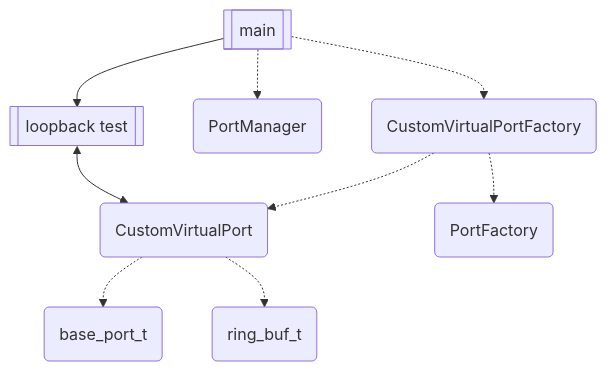
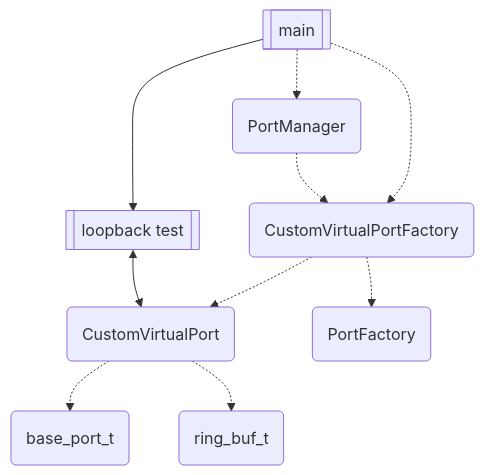
Before and after one commit to inertialsense/inertial-sense-sdk: the first of 2 diagrams in ExampleProjects/CustomPort/CustomVirtual/README.md, drawn with Mermaid. The commit also changed other lines of this file and 4 other files, not shown here.

````diff
--- a/ExampleProjects/CustomPort/CustomVirtual/README.md
+++ b/ExampleProjects/CustomPort/CustomVirtual/README.md
@@ -15,11 +17,12 @@
 ```mermaid
 graph TD
     A[[main]] -.-> B(CustomVirtualPortFactory)
     A -.-> H(PortManager)
     B -.-> C(CustomVirtualPort)
     C -.-> D(base_port_t)
     C -.-> G(ring_buf_t)
     B-.-> E(PortFactory)
+    H -.-> B
     A --> F[[loopback test]]
     F <--> C
 ```
````
